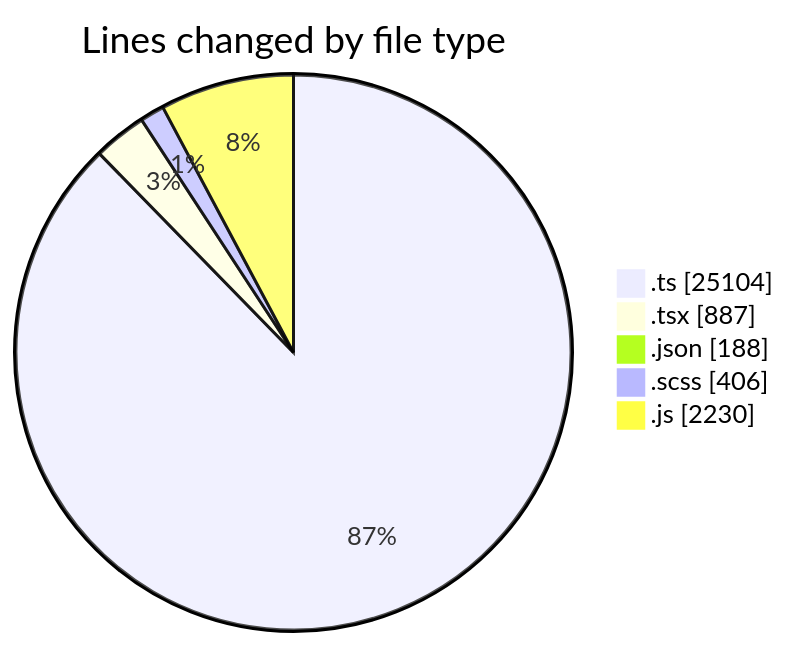
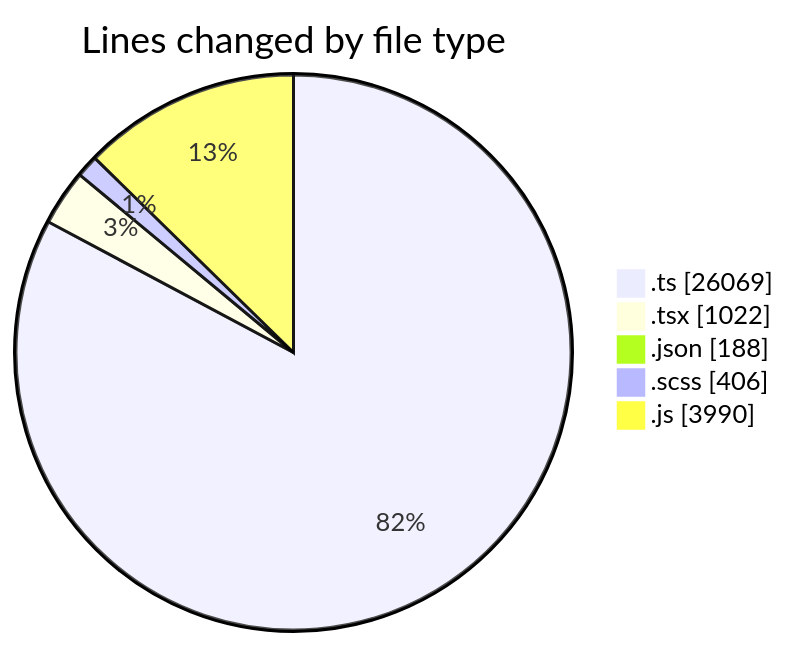
One commit to momahboobian/code-tracking changed the first of 2 diagrams in 2026-05-07/cda/README.md. Above: the diagram before and after it, drawn with Mermaid. The commit also changed other lines of this file and 1 other file, not shown here.

````diff
--- a/2026-05-07/cda/README.md
+++ b/2026-05-07/cda/README.md
@@ -39,9 +41,9 @@
 ```mermaid
 pie showData
 title Lines changed by file type
-".ts" : 25104
-".tsx" : 887
+".ts" : 26069
+".tsx" : 1022
 ".json" : 188
 ".scss" : 406
-".js" : 2230
+".js" : 3990
 ```
````
